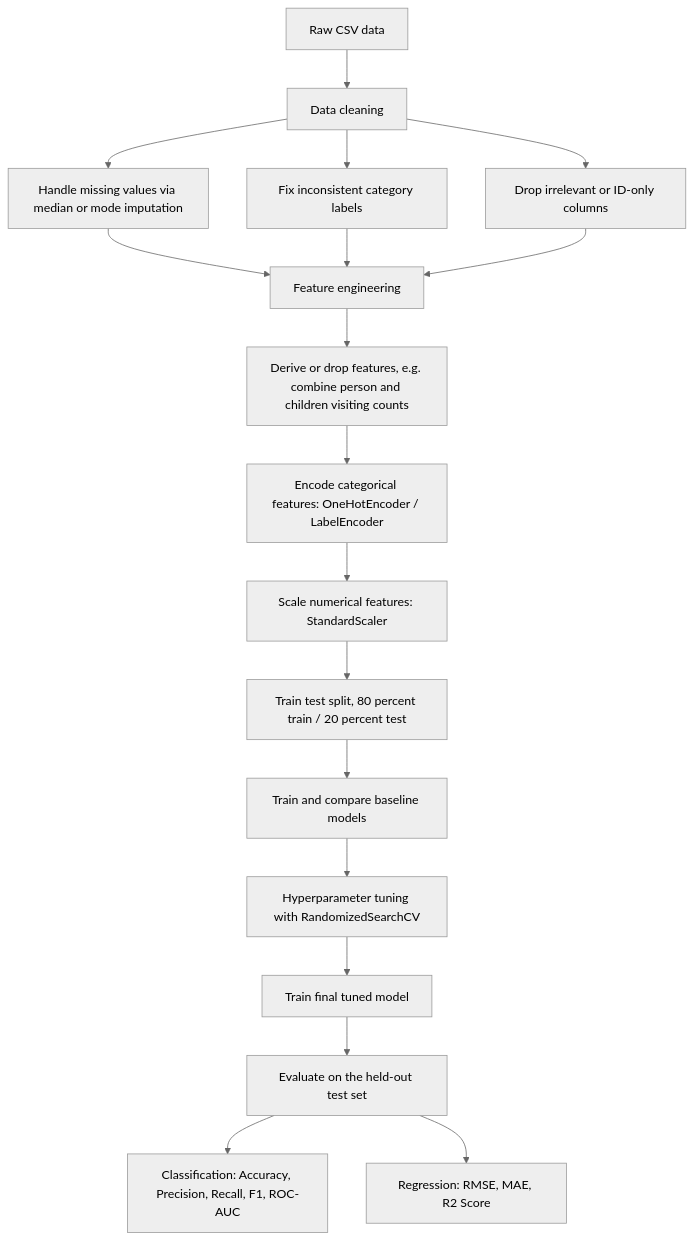
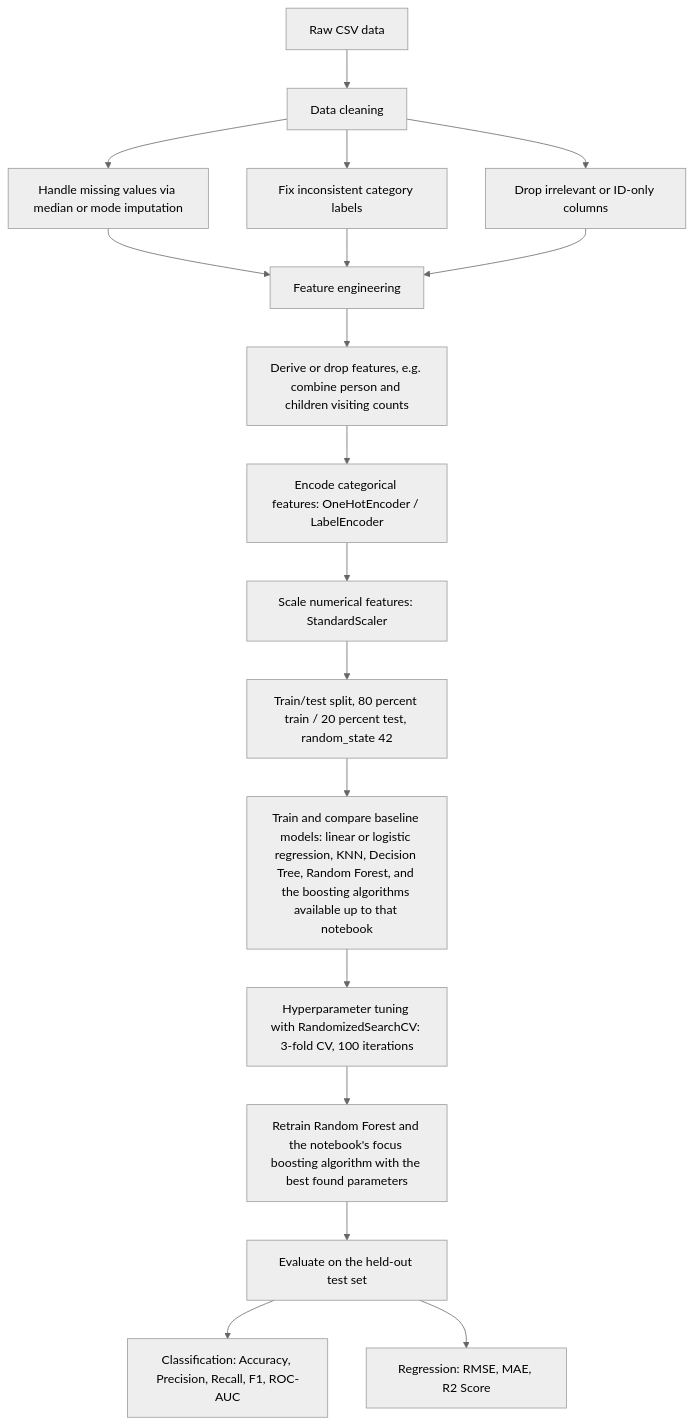
One commit to ashir1S/Adaboost-Project changed the sixth of 6 diagrams in README.md. Above: the diagram before and after it, drawn with Mermaid (neutral theme). The commit also changed other lines of this file, not shown here.

````diff
--- a/README.md
+++ b/README.md
@@ -264,20 +329,20 @@
 ```mermaid
 flowchart TD
     A[Raw CSV data] --> B[Data cleaning]
     B --> B1[Handle missing values via median or mode imputation]
     B --> B2[Fix inconsistent category labels]
     B --> B3[Drop irrelevant or ID-only columns]
     B1 --> C[Feature engineering]
     B2 --> C
     B3 --> C
     C --> C1[Derive or drop features, e.g. combine person and children visiting counts]
     C1 --> D[Encode categorical features: OneHotEncoder / LabelEncoder]
     D --> E[Scale numerical features: StandardScaler]
-    E --> F[Train test split, 80 percent train / 20 percent test]
-    F --> G[Train and compare baseline models]
-    G --> H[Hyperparameter tuning with RandomizedSearchCV]
-    H --> I[Train final tuned model]
+    E --> F[Train/test split, 80 percent train / 20 percent test, random_state 42]
+    F --> G[Train and compare baseline models: linear or logistic regression, KNN, Decision Tree, Random Forest, and the boosting algorithms available up to that notebook]
+    G --> H[Hyperparameter tuning with RandomizedSearchCV: 3-fold CV, 100 iterations]
+    H --> I[Retrain Random Forest and the notebook's focus boosting algorithm with the best found parameters]
     I --> J[Evaluate on the held-out test set]
     J --> K[Classification: Accuracy, Precision, Recall, F1, ROC-AUC]
     J --> L[Regression: RMSE, MAE, R2 Score]
 ```
````
